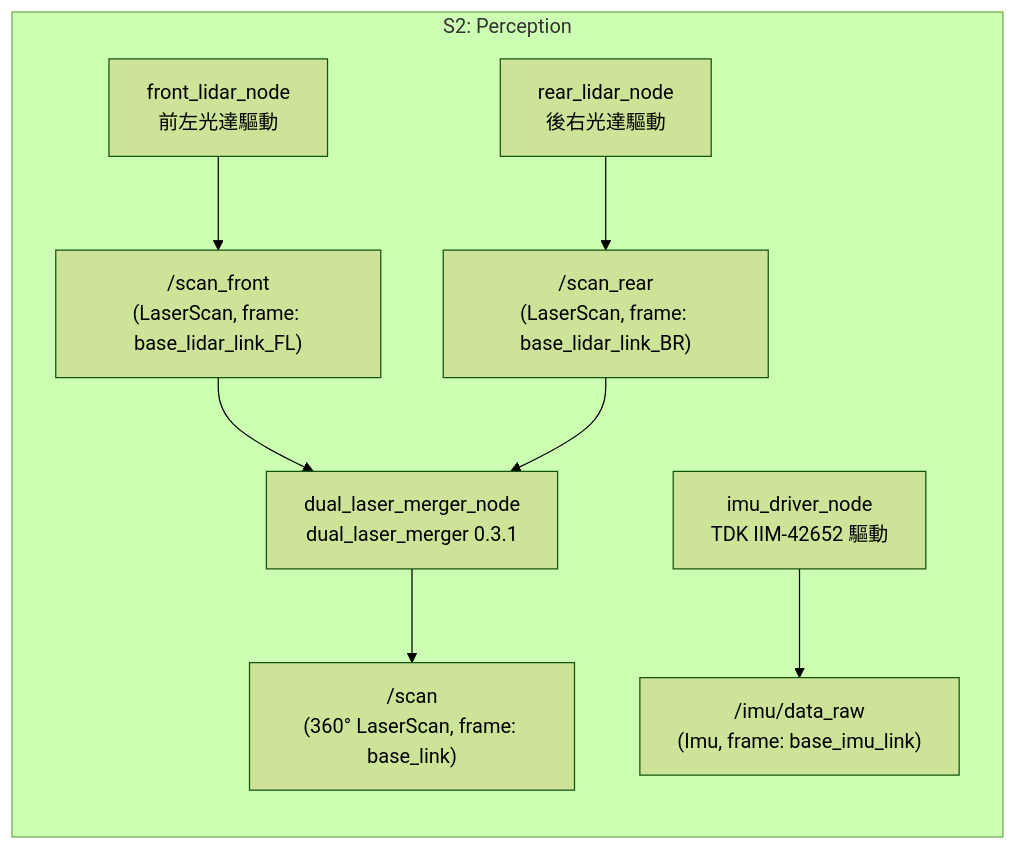
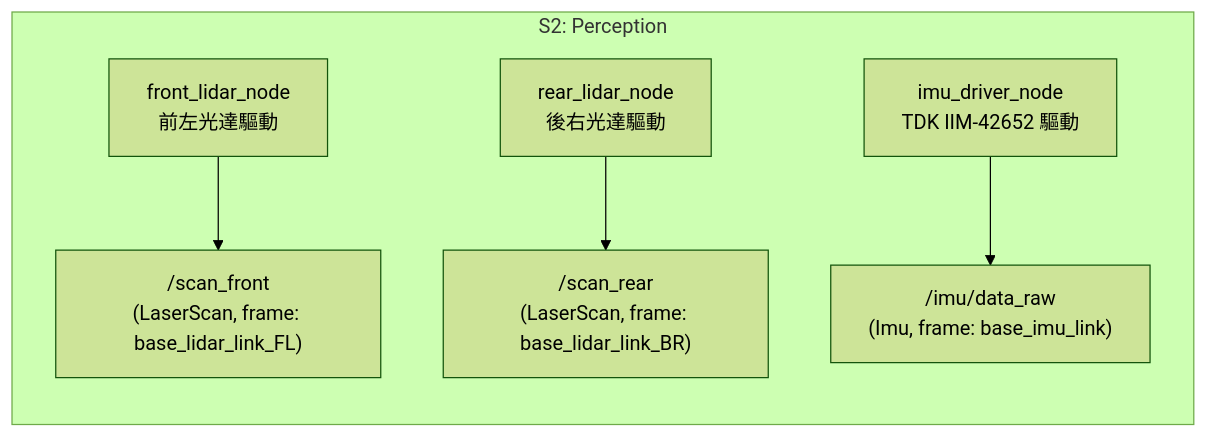
One commit to monkey30440/mobile_base changed the second of 7 diagrams in docs/06_subsystem.md. Above: the diagram before and after it, drawn with Mermaid (forest theme). The commit also changed other lines of this file and 3 other files, not shown here.

First line of the commit message:
docs: update baseline architecture and subsystem documentation for scan decoupling

````diff
--- a/docs/06_subsystem.md
+++ b/docs/06_subsystem.md
@@ -138,14 +138,9 @@
 ```mermaid
 graph LR
     subgraph S2: Perception
         FL_DRIVER[front_lidar_node<br/>前左光達驅動] --> SCAN_FL["/scan_front<br/>(LaserScan, frame: base_lidar_link_FL)"]
         BR_DRIVER[rear_lidar_node<br/>後右光達驅動] --> SCAN_BR["/scan_rear<br/>(LaserScan, frame: base_lidar_link_BR)"]
         
-        SCAN_FL --> MERGER[dual_laser_merger_node<br/>dual_laser_merger 0.3.1]
-        SCAN_BR --> MERGER
-        
-        MERGER --> SCAN_MERGED["/scan<br/>(360° LaserScan, frame: base_link)"]
-        
         IMU_DRIVER[imu_driver_node<br/>TDK IIM-42652 驅動] --> IMU_DATA["/imu/data_raw<br/>(Imu, frame: base_imu_link)"]
     end
 ```
````
